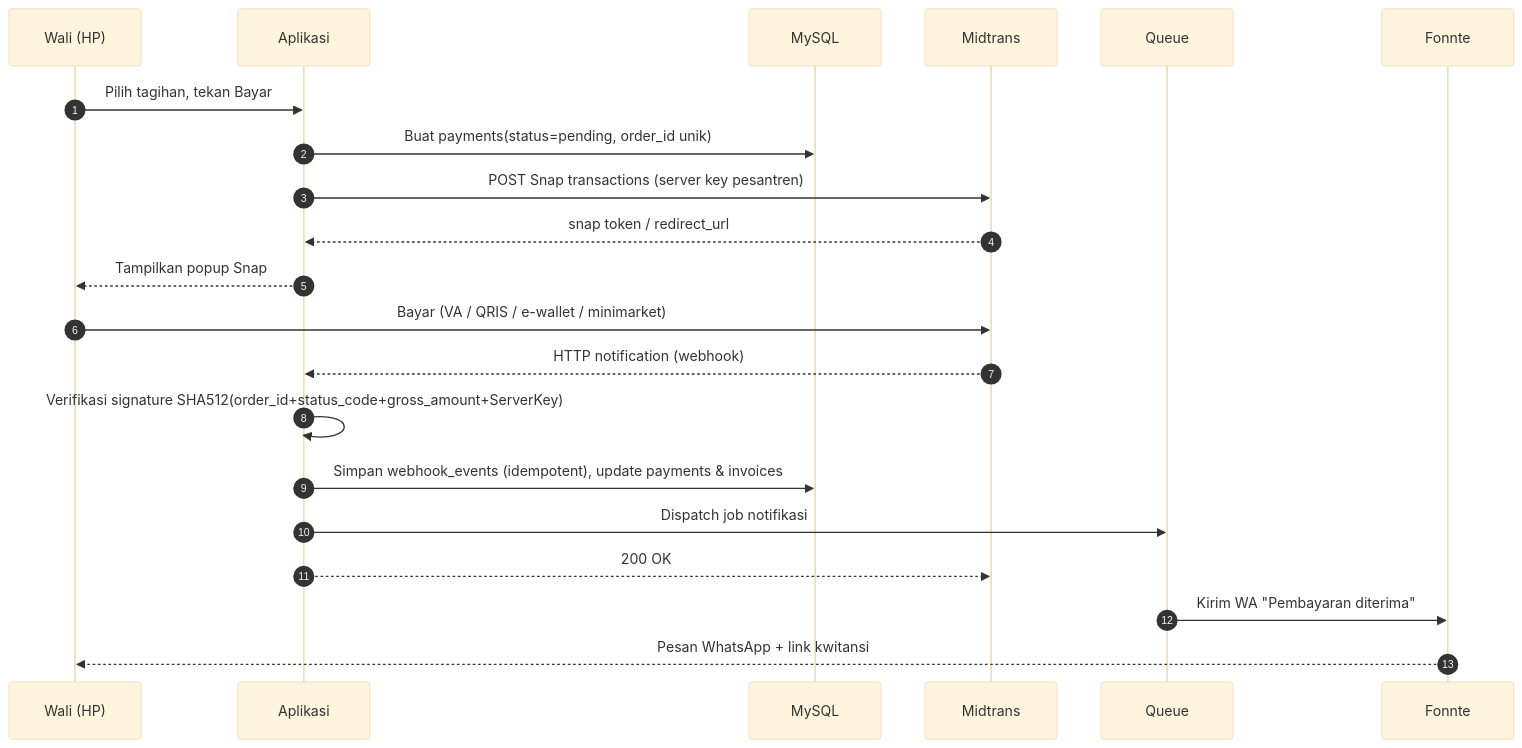
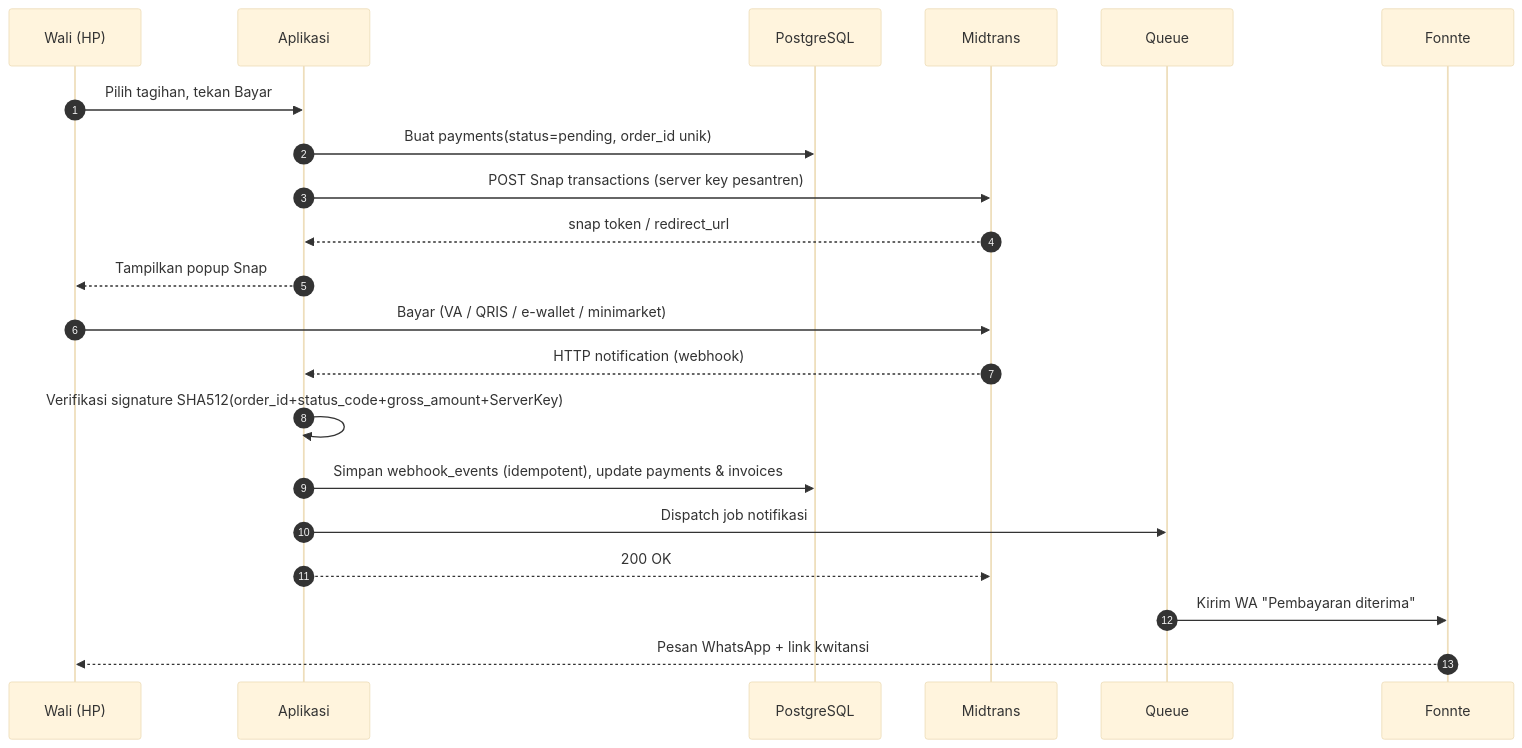
Before and after one commit to rezamahendraaa23/sanadapps: the second of 8 diagrams in PRD-Sistem-Pesantren.md, drawn with Mermaid (base theme). The commit also changed other lines of this file and 11 other files, not shown here.

First line of the commit message:
Ganti database ke PostgreSQL 16 mengikuti PRD terbaru

````diff
--- a/PRD-Sistem-Pesantren.md
+++ b/PRD-Sistem-Pesantren.md
@@ -170,23 +170,23 @@
 ```mermaid
 sequenceDiagram
     autonumber
     participant W as Wali (HP)
     participant A as Aplikasi
-    participant DB as MySQL
+    participant DB as PostgreSQL
     participant M as Midtrans
     participant Q as Queue
     participant F as Fonnte
     W->>A: Pilih tagihan, tekan Bayar
     A->>DB: Buat payments(status=pending, order_id unik)
     A->>M: POST Snap transactions (server key pesantren)
     M-->>A: snap token / redirect_url
     A-->>W: Tampilkan popup Snap
     W->>M: Bayar (VA / QRIS / e-wallet / minimarket)
     M-->>A: HTTP notification (webhook)
     A->>A: Verifikasi signature SHA512(order_id+status_code+gross_amount+ServerKey)
     A->>DB: Simpan webhook_events (idempotent), update payments & invoices
     A->>Q: Dispatch job notifikasi
     A-->>M: 200 OK
     Q->>F: Kirim WA "Pembayaran diterima"
     F-->>W: Pesan WhatsApp + link kwitansi
 ```
````
